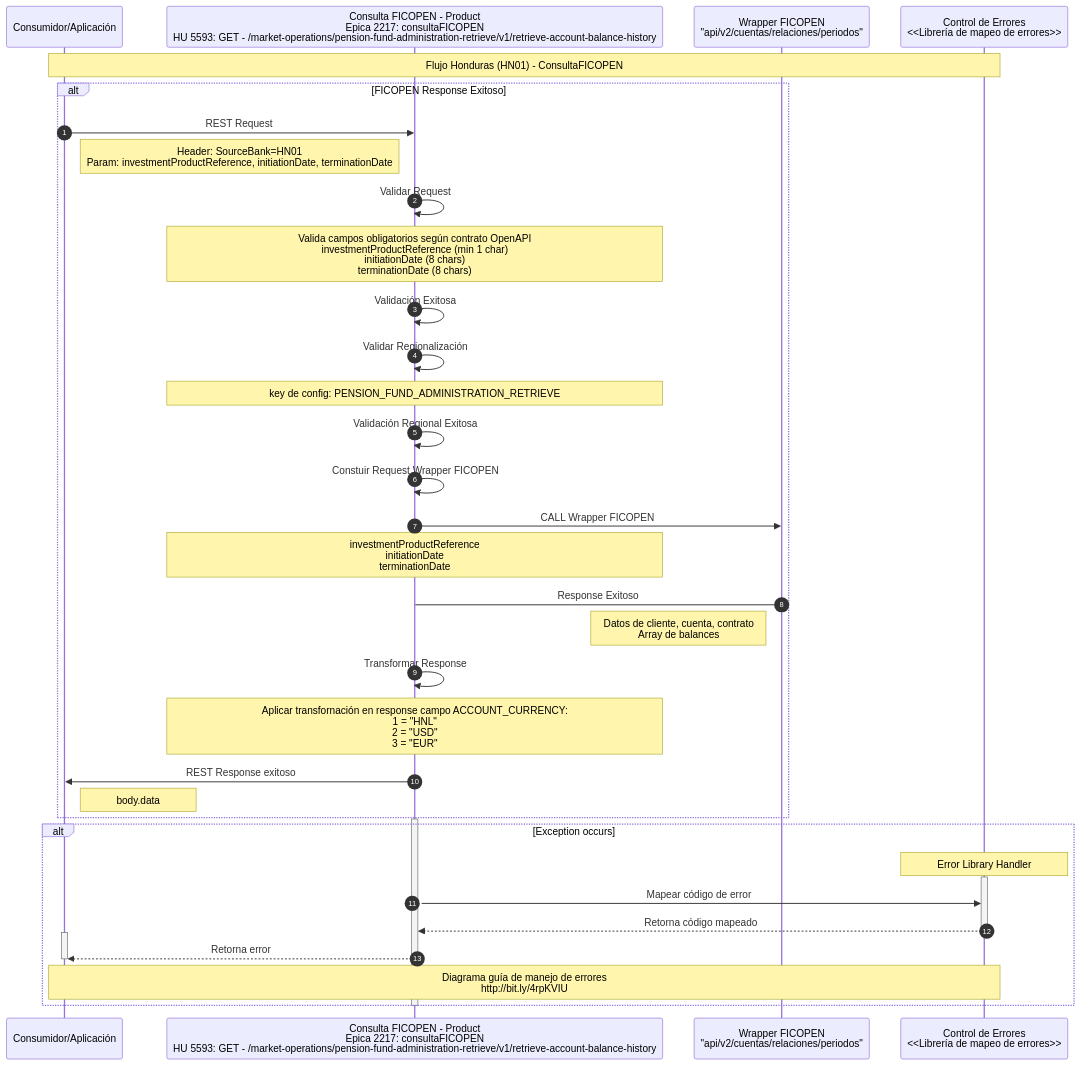
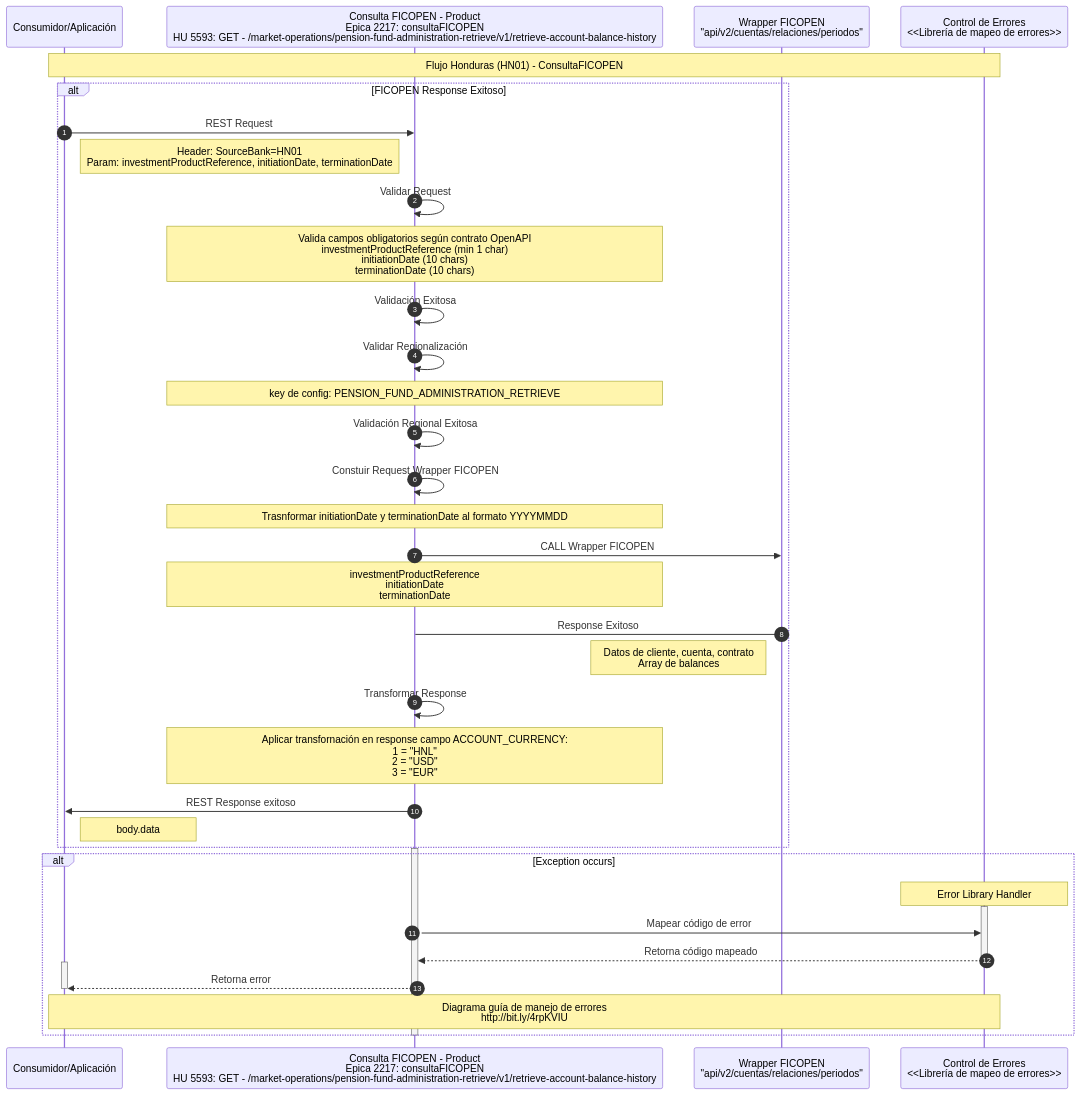
The diagram in ZMigrationFeature/ConsultaFICOPEN/TO-BE-04-Secuencia-HN01.mmd (jmolano10/ficohsa-capa-media), drawn with Mermaid before and after one commit.

Commit message:
feat: Update date validation and transformation in ConsultaFICOPEN sequence diagram
- Change initiationDate and terminationDate validation from 8 to 10 characters to reflect new ISO date format (YYYY-MM-DD)
- Add note for transforming dates to YYYYMMDD format in the FICOPEN wrapper request
- This aligns the diagram with updated API specifications for date handling in the TO-BE scenario

```diff
--- a/ZMigrationFeature/ConsultaFICOPEN/TO-BE-04-Secuencia-HN01.mmd
+++ b/ZMigrationFeature/ConsultaFICOPEN/TO-BE-04-Secuencia-HN01.mmd
@@ -1,51 +1,52 @@
 sequenceDiagram
     autonumber
     participant Consumidor as Consumidor/Aplicación
     participant API as Consulta FICOPEN - Product <br> Epica 2217: consultaFICOPEN <br> HU 5593:  GET - /market-operations/pension-fund-administration-retrieve/v1/retrieve-account-balance-history
     participant WFP as Wrapper FICOPEN <br> "api/v2/cuentas/relaciones/periodos"
     participant Errors as Control de Errores <br/> <<Librería de mapeo de errores>>
 
     Note over Consumidor, Errors: Flujo Honduras (HN01) - ConsultaFICOPEN
 
     alt FICOPEN Response Exitoso
         Consumidor->>API: REST Request
         Note right of Consumidor: Header: SourceBank=HN01 <br/> Param: investmentProductReference, initiationDate, terminationDate
 
         API->>API: Validar Request
-        Note over API: Valida campos obligatorios según contrato OpenAPI <br/>investmentProductReference (min 1 char) <br/> initiationDate (8 chars) <br/> terminationDate (8 chars)
+        Note over API: Valida campos obligatorios según contrato OpenAPI <br/>investmentProductReference (min 1 char) <br/> initiationDate (10 chars) <br/> terminationDate (10 chars)
 
         API->>API: Validación Exitosa
 
         API->>API: Validar Regionalización
         Note over API: key de config: PENSION_FUND_ADMINISTRATION_RETRIEVE
 
         API->>API: Validación Regional Exitosa
 
         API->>API: Constuir Request Wrapper FICOPEN
+        Note over API: Trasnformar initiationDate y terminationDate al formato YYYYMMDD
 
         API->>WFP: CALL Wrapper FICOPEN
         Note over API: investmentProductReference <br> initiationDate <br> terminationDate
 
         WFP->API: Response Exitoso
         Note left of WFP: Datos de cliente, cuenta, contrato<br/>Array de balances
 
         API->>API: Transformar Response
          Note over API: Aplicar transfornación en response campo ACCOUNT_CURRENCY: <br> 1 = "HNL"  <br> 2 = "USD" <br> 3 = "EUR" 
 
         API->>Consumidor: REST Response exitoso
         Note right of Consumidor: body.data
     end
 
     activate API
     alt Exception occurs
         note over Errors: Error Library Handler
         activate Errors
             API->> Errors: Mapear código de error
             Errors -->> API: Retorna código mapeado
         deactivate Errors
         activate Consumidor
             API-->> Consumidor: Retorna error
         deactivate Consumidor
         Note over Consumidor,Errors: Diagrama guía de manejo de errores <br> http://bit.ly/4rpKVIU
     end
     deactivate API
```
